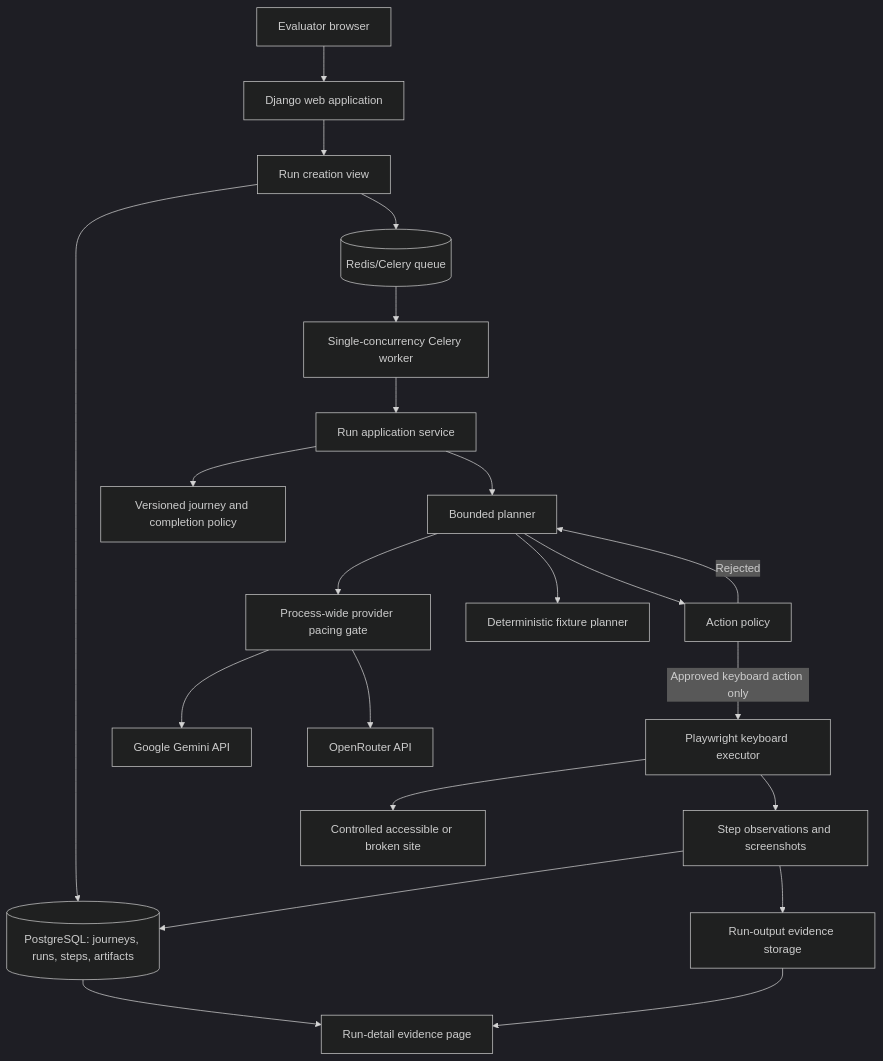
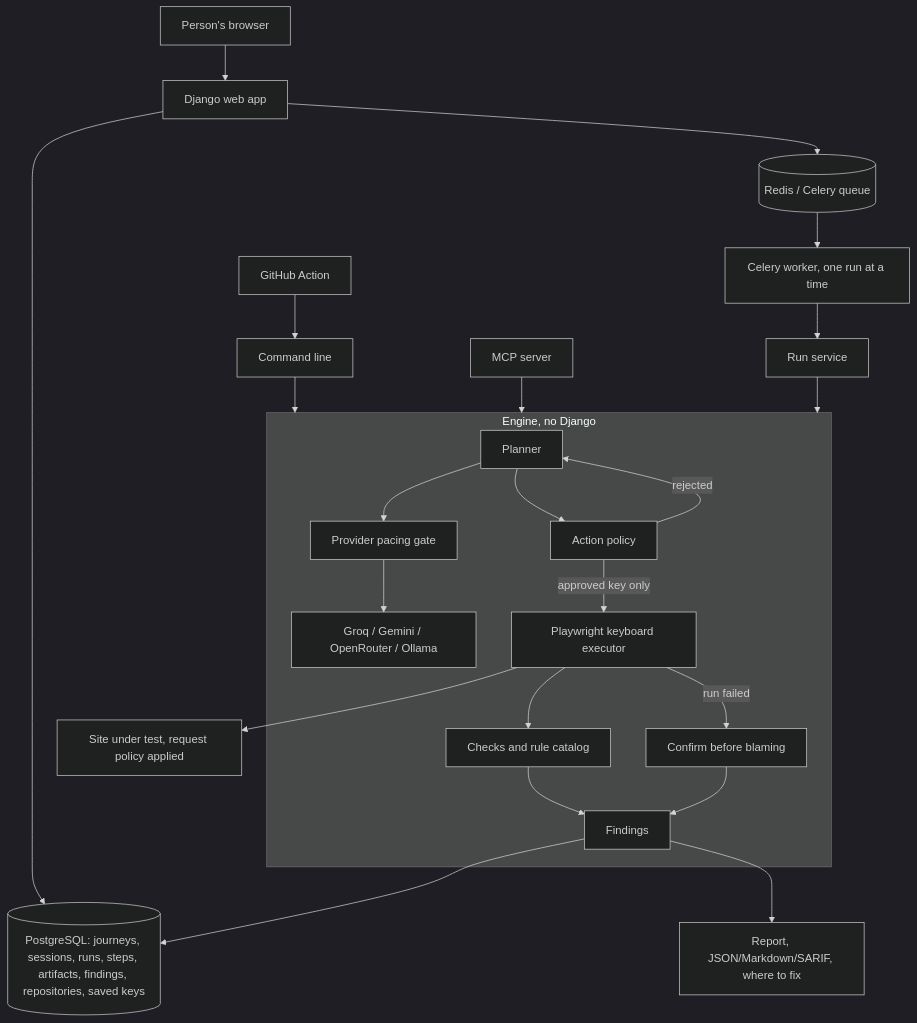
Before and after one commit to MICKEY0107/AccessPath-AI: the second of 4 diagrams in docs/ARCHITECTURE_AND_FLOW.md, drawn with Mermaid (dark theme). The commit also changed other lines of this file and 14 other files, not shown here.

````diff
--- a/docs/ARCHITECTURE_AND_FLOW.md
+++ b/docs/ARCHITECTURE_AND_FLOW.md
@@ -29,24 +27,26 @@
 ```mermaid
 flowchart TB
-    Browser[Evaluator browser] --> Web[Django web application]
-    Web --> Runs[Run creation view]
-    Runs --> Postgres[(PostgreSQL: journeys, runs, steps, artifacts)]
-    Runs --> Queue[(Redis/Celery queue)]
-    Queue --> Worker[Single-concurrency Celery worker]
-    Worker --> Service[Run application service]
-    Service --> Config[Versioned journey and completion policy]
-    Service --> Planner[Bounded planner]
-    Planner --> Gate[Process-wide provider pacing gate]
-    Gate --> Gemini[Google Gemini API]
-    Gate --> OpenRouter[OpenRouter API]
-    Planner --> Fixture[Deterministic fixture planner]
-    Planner --> Policy[Action policy]
-    Policy -->|Approved keyboard action only| Executor[Playwright keyboard executor]
-    Policy -->|Rejected| Planner
-    Executor --> FixtureSite[Controlled accessible or broken site]
-    Executor --> Evidence[Step observations and screenshots]
-    Evidence --> Postgres
-    Evidence --> Storage[Run-output evidence storage]
-    Postgres --> Detail[Run-detail evidence page]
-    Storage --> Detail
+    Browser[Person's browser] --> Web[Django web app]
+    CLI[Command line] --> Engine
+    Action[GitHub Action] --> CLI
+    MCP[MCP server] --> Engine
+    Web --> Postgres[(PostgreSQL: journeys, sessions, runs, steps, artifacts, findings, repositories, saved keys)]
+    Web --> Queue[(Redis / Celery queue)]
+    Queue --> Worker[Celery worker, one run at a time]
+    Worker --> Service[Run service]
+    Service --> Engine
+    subgraph Engine[Engine, no Django]
+        Planner[Planner] --> Gate[Provider pacing gate]
+        Gate --> Providers[Groq / Gemini / OpenRouter / Ollama]
+        Planner --> Policy[Action policy]
+        Policy -->|approved key only| Executor[Playwright keyboard executor]
+        Policy -->|rejected| Planner
+        Executor --> Checks[Checks and rule catalog]
+        Executor -->|run failed| Probes[Confirm before blaming]
+        Checks --> Findings[Findings]
+        Probes --> Findings
+    end
+    Executor --> Site[Site under test, request policy applied]
+    Findings --> Postgres
+    Findings --> Outputs[Report, JSON/Markdown/SARIF, where to fix]
 ```
````
